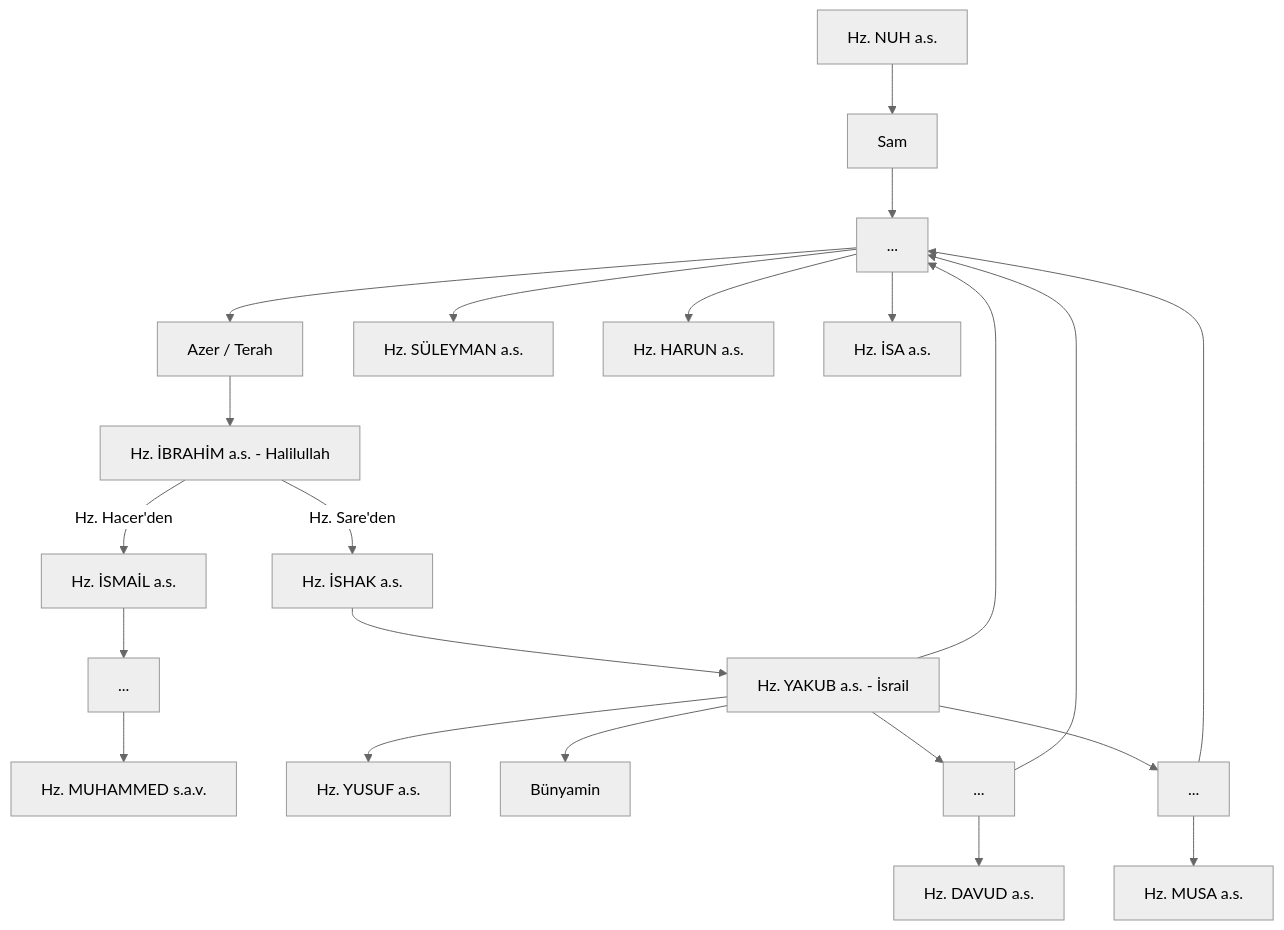
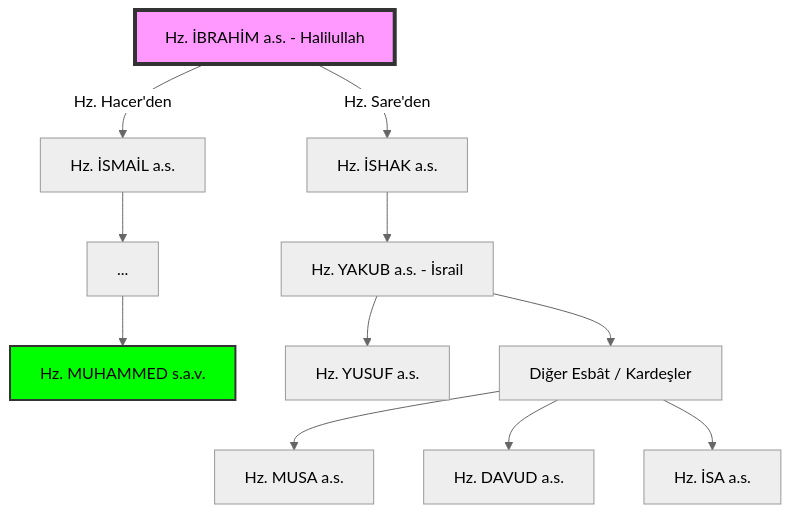
The diagram in 04_secere_ve_tarih/ibrahim_ailesi_soy_agaci.md (arch-yunus/millet-i-ibrahim), drawn with Mermaid (neutral theme) before and after one commit. The commit also changed other lines of this file and 12 other files, not shown here.

````diff
--- a/04_secere_ve_tarih/ibrahim_ailesi_soy_agaci.md
+++ b/04_secere_ve_tarih/ibrahim_ailesi_soy_agaci.md
@@ -7,22 +14,21 @@
 ```mermaid
 graph TD
-    Nuh[Hz. NUH a.s.] --> Sam[Sam]
-    Sam --> ... --> Azer[Azer / Terah]
-    Azer --> Ibrahim[Hz. İBRAHİM a.s. - Halilullah]
+    Ibrahim[Hz. İBRAHİM a.s. - Halilullah]
     
     Ibrahim -- Hz. Hacer'den --> Ismail[Hz. İSMAİL a.s.]
     Ibrahim -- Hz. Sare'den --> Ishak[Hz. İSHAK a.s.]
     
     Ismail --> Adnan[...] --> Muhammet[Hz. MUHAMMED s.a.v.]
     
     Ishak --> Yakub[Hz. YAKUB a.s. - İsrail]
     
     Yakub --> Yusuf[Hz. YUSUF a.s.]
-    Yakub --> Bünyamin[Bünyamin]
-    Yakub --> Yahuda[...] --> Davud[Hz. DAVUD a.s.]
-    Yahuda --> ... --> Süleyman[Hz. SÜLEYMAN a.s.]
-    Yakub --> Levi[...] --> Musa[Hz. MUSA a.s.]
-    Levi --> ... --> Harun[Hz. HARUN a.s.]
+    Yakub --> Esbat[Diğer Esbât / Kardeşler]
     
-    Yakub --> ... --> Isa[Hz. İSA a.s.]
+    Esbat --> Musa[Hz. MUSA a.s.]
+    Esbat --> Davud[Hz. DAVUD a.s.]
+    Esbat --> Isa[Hz. İSA a.s.]
+    
+    style Ibrahim fill:#f9f,stroke:#333,stroke-width:4px
+    style Muhammet fill:#00ff00,stroke:#333,stroke-width:2px
 ```
````
